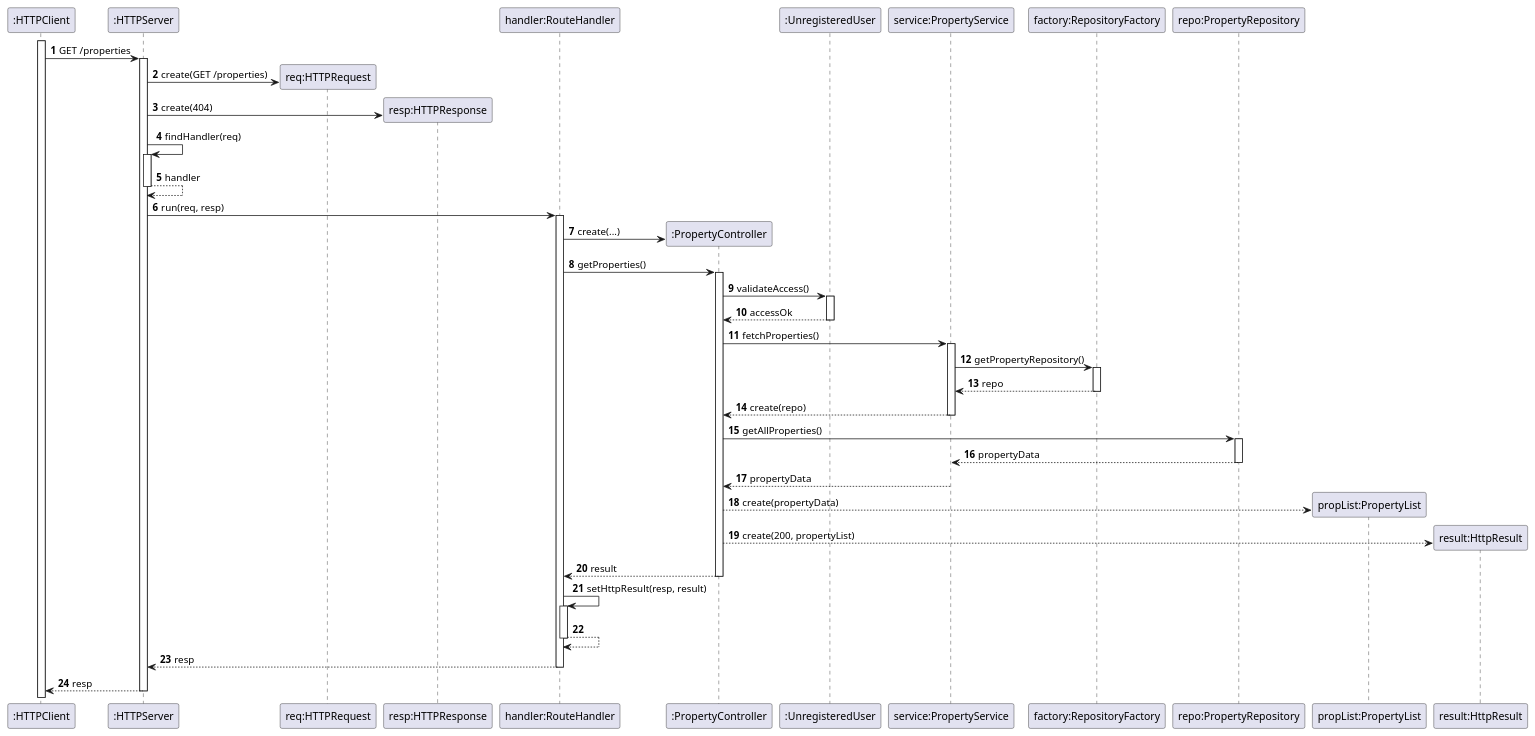
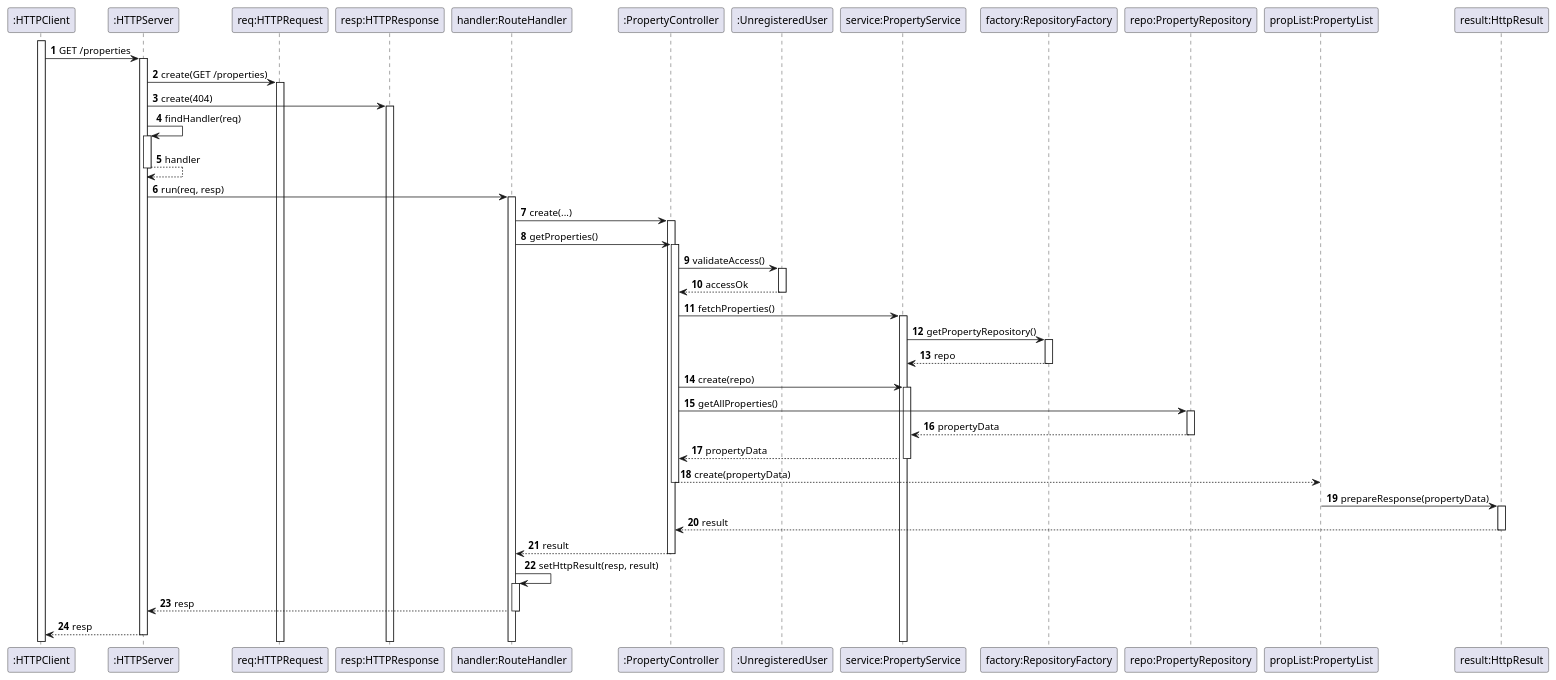
The diagram in docs/Sprint4/US20/US20-SD-RestAPI.puml (goncalomaia18/leti-esoft-24-25-A2), drawn with PlantUML before and after one commit. The commit also changed 9 other files, not shown here.

```diff
--- a/docs/Sprint4/US20/US20-SD-RestAPI.puml
+++ b/docs/Sprint4/US20/US20-SD-RestAPI.puml
@@ -1,45 +1,45 @@
 @startuml
 autoactivate on
 autonumber
 
 participant ":HTTPClient" as HTTPClient
 participant ":HTTPServer" as HTTPServer
 participant "req:HTTPRequest" as HTTPRequest
 participant "resp:HTTPResponse" as HTTPResponse
 participant "handler:RouteHandler" as System
 participant ":PropertyController" as Ctrl
 participant ":UnregisteredUser" as User
 participant "service:PropertyService" as Service
 participant "factory:RepositoryFactory" as Factory
 participant "repo:PropertyRepository" as Repo
 participant "propList:PropertyList" as PropertyList
 participant "result:HttpResult" as Result
 
 activate HTTPClient
 
 HTTPClient -> HTTPServer: GET /properties
-HTTPServer -> HTTPRequest**: create(GET /properties)
-HTTPServer -> HTTPResponse**: create(404)
+HTTPServer -> HTTPRequest: create(GET /properties)
+HTTPServer -> HTTPResponse: create(404)
 HTTPServer -> HTTPServer: findHandler(req)
 HTTPServer --> HTTPServer: handler
 HTTPServer -> System: run(req, resp)
 
-System -> Ctrl**: create(...)
+System -> Ctrl: create(...)
 System -> Ctrl: getProperties()
 Ctrl -> User: validateAccess()
 User --> Ctrl: accessOk
 Ctrl -> Service: fetchProperties()
 Service -> Factory : getPropertyRepository()
 Factory --> Service: repo
-Service --> Ctrl: create(repo)
+Ctrl -> Service: create(repo)
 Ctrl -> Repo: getAllProperties()
 Repo --> Service: propertyData
 Service --> Ctrl: propertyData
-Ctrl --> PropertyList**: create(propertyData)
-Ctrl --> Result**: create(200, propertyList)
+Ctrl --> PropertyList: create(propertyData)
+PropertyList -> Result: prepareResponse(propertyData)
+Result --> Ctrl: result
 Ctrl --> System: result
 System -> System: setHttpResult(resp, result)
-System --> System:
 System --> HTTPServer: resp
 HTTPServer --> HTTPClient: resp
 @enduml
```
